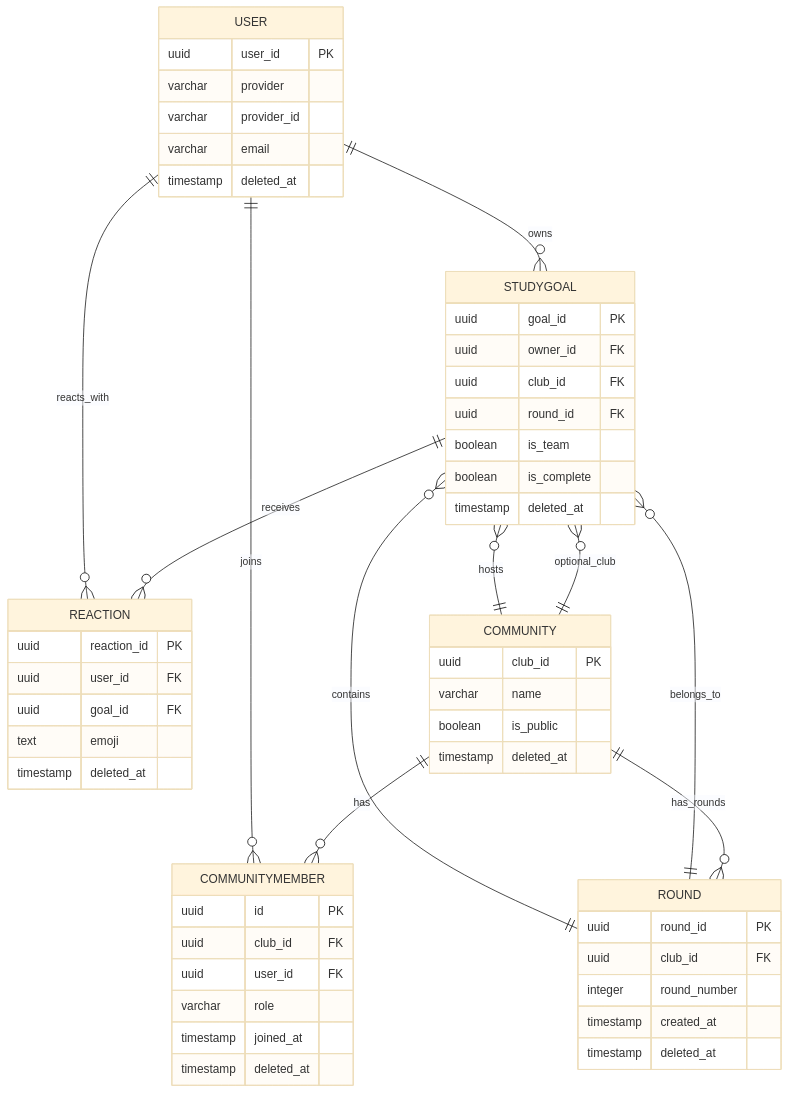
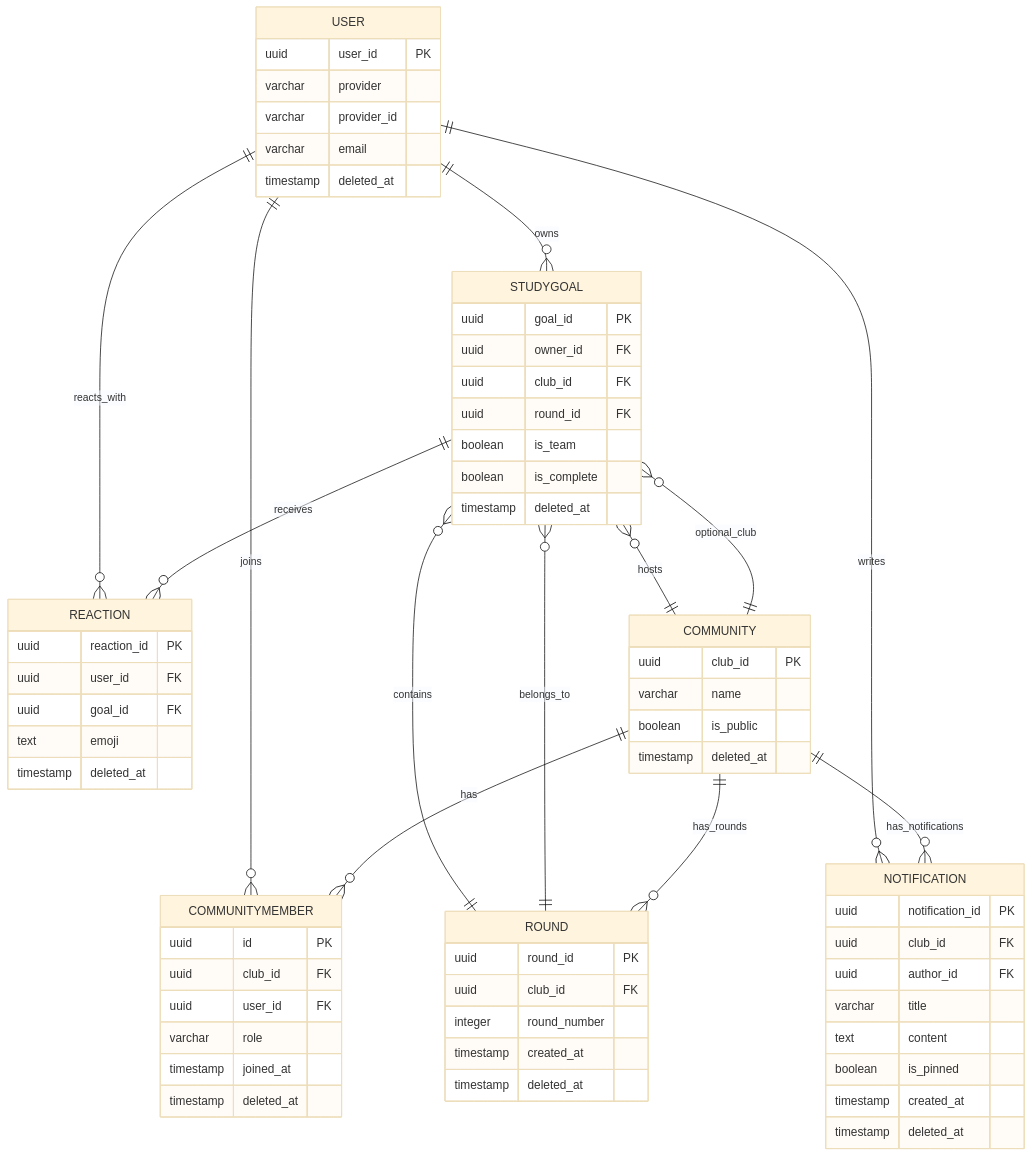
Before and after one commit to FRONTENDBOOTCAMP-14th/react_project_1: the diagram in docs/data-model.md, drawn with Mermaid (base theme). The commit also changed other lines of this file and 23 other files, not shown here.

````diff
--- a/docs/data-model.md
+++ b/docs/data-model.md
@@ -5,58 +5,70 @@
 ```mermaid
 erDiagram
     USER {
         uuid user_id PK
         varchar provider
         varchar provider_id
         varchar email
         timestamp deleted_at
     }
     STUDYGOAL {
         uuid goal_id PK
         uuid owner_id FK
         uuid club_id FK
         uuid round_id FK
         boolean is_team
         boolean is_complete
         timestamp deleted_at
     }
     REACTION {
         uuid reaction_id PK
         uuid user_id FK
         uuid goal_id FK
         text emoji
         timestamp deleted_at
     }
     COMMUNITY {
         uuid club_id PK
         varchar name
         boolean is_public
         timestamp deleted_at
     }
     COMMUNITYMEMBER {
         uuid id PK
         uuid club_id FK
         uuid user_id FK
         varchar role
         timestamp joined_at
         timestamp deleted_at
     }
     ROUND {
         uuid round_id PK
         uuid club_id FK
         integer round_number
         timestamp created_at
         timestamp deleted_at
     }
+    NOTIFICATION {
+        uuid notification_id PK
+        uuid club_id FK
+        uuid author_id FK
+        varchar title
+        text content
+        boolean is_pinned
+        timestamp created_at
+        timestamp deleted_at
+    }
 
     USER ||--o{ STUDYGOAL : owns
     STUDYGOAL ||--o{ REACTION : receives
     USER ||--o{ REACTION : reacts_with
     COMMUNITY ||--o{ STUDYGOAL : hosts
     STUDYGOAL }o--|| COMMUNITY : optional_club
     COMMUNITY ||--o{ COMMUNITYMEMBER : has
     USER ||--o{ COMMUNITYMEMBER : joins
     COMMUNITY ||--o{ ROUND : has_rounds
     ROUND ||--o{ STUDYGOAL : contains
     STUDYGOAL }o--|| ROUND : belongs_to
+    COMMUNITY ||--o{ NOTIFICATION : has_notifications
+    USER ||--o{ NOTIFICATION : writes
 ```
````
